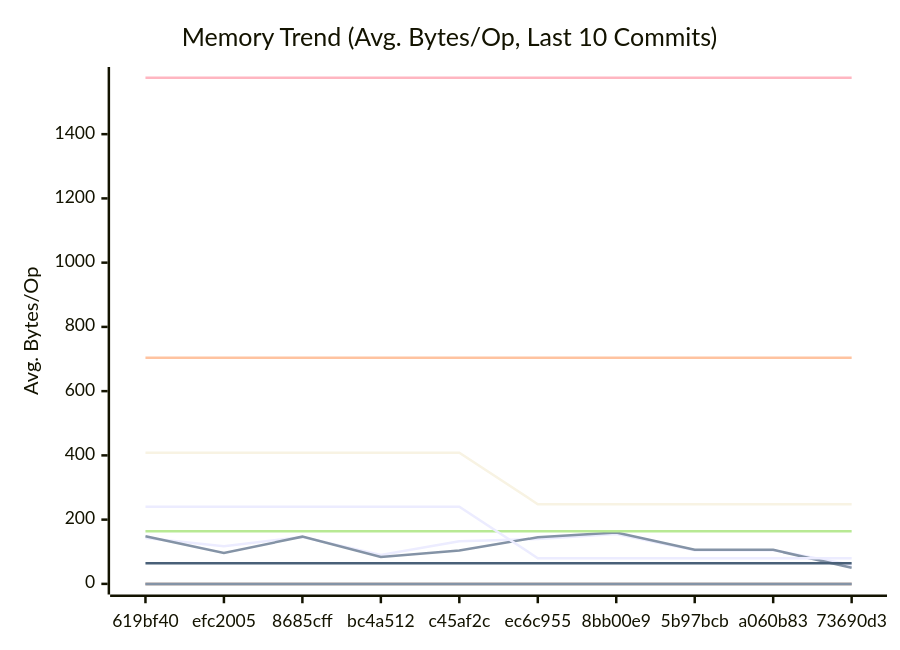
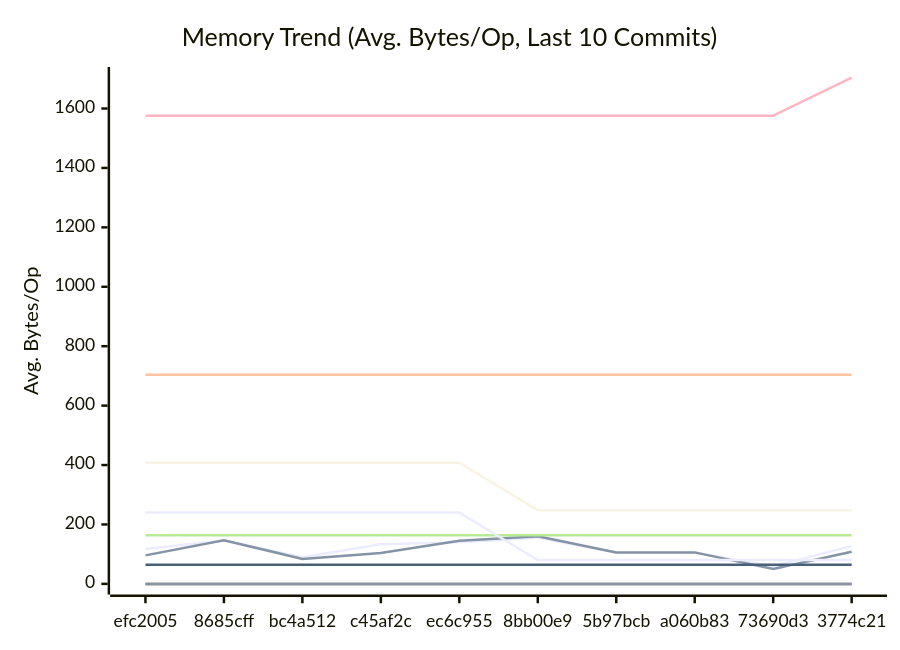
Before and after one commit to alsotoes/momo: the second of 3 diagrams in docs/PERFORMANCE.md, drawn with Mermaid. The commit also changed other lines of this file and 15 other files, not shown here.

````diff
--- a/docs/PERFORMANCE.md
+++ b/docs/PERFORMANCE.md
@@ -171,20 +172,20 @@
 ```mermaid
 xychart-beta
     title "Memory Trend (Avg. Bytes/Op, Last 10 Commits)"
     x-axis "Commit"
     y-axis "Avg. Bytes/Op"
-    x-axis [619bf40,efc2005,8685cff,bc4a512,c45af2c,ec6c955,8bb00e9,5b97bcb,a060b83,73690d3]
-    line "AWSChunkedReaderSigned" [143,117,146,90,133,140,155,105,105,59]
-    line "AWSChunkedReaderUnsigned" [148,96,147,84,104,145,160,106,106,50]
+    x-axis [efc2005,8685cff,bc4a512,c45af2c,ec6c955,8bb00e9,5b97bcb,a060b83,73690d3,3774c21]
+    line "AWSChunkedReaderSigned" [117,146,90,133,140,155,105,105,59,127]
+    line "AWSChunkedReaderUnsigned" [96,147,84,104,145,160,106,106,50,108]
     line "CheckMetricsAndSwap" [0,0,0,0,0,0,0,0,0,0]
     line "CrushOptimized" [0,0,0,0,0,0,0,0,0,0]
     line "CrushOriginal" [164,164,164,164,164,164,164,164,164,164]
     line "IndexDirectTracking" [0,0,0,0,0,0,0,0,0,0]
     line "IndexSearch" [0,0,0,0,0,0,0,0,0,0]
-    line "LoadGlobalConfig" [1576,1576,1576,1576,1576,1576,1576,1576,1576,1576]
+    line "LoadGlobalConfig" [1576,1576,1576,1576,1576,1576,1576,1576,1576,1704]
     line "PadString" [64,64,64,64,64,64,64,64,64,64]
     line "ParseReplicationOrder_NoPrealloc" [408,408,408,408,408,248,248,248,248,248]
     line "ParseReplicationOrder_Prealloc" [240,240,240,240,240,80,80,80,80,80]
     line "SanitizeLog/Safe" [0,0,0,0,0,0,0,0,0,0]
     line "SanitizeLog/Unsafe" [704,704,704,704,704,704,704,704,704,704]
 ```
````
